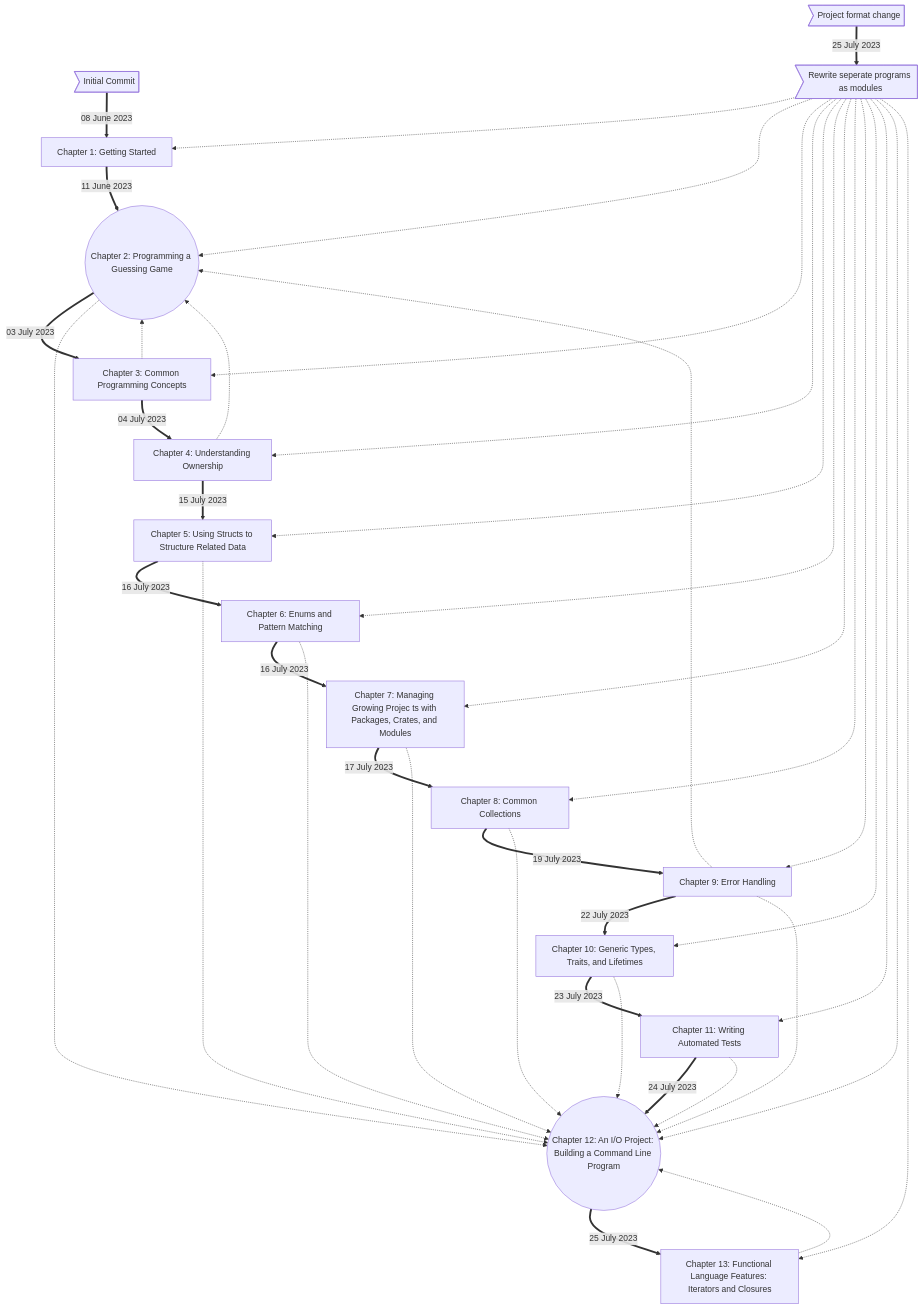
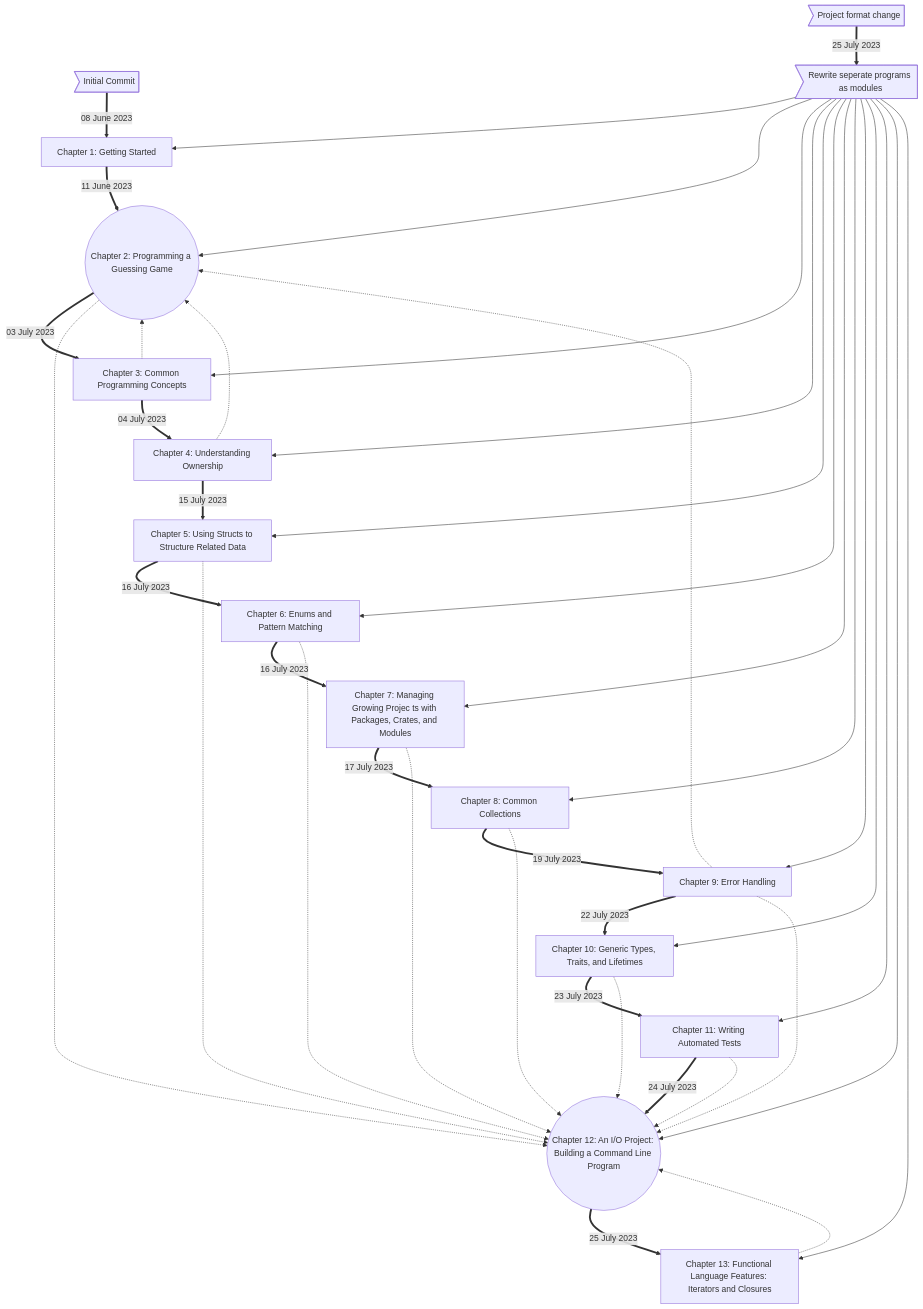
One commit to c4collins/the-rust-programming-language-rust-2021 changed the diagram in README.md. Above: the diagram before and after it, drawn with Mermaid.

````diff
--- a/README.md
+++ b/README.md
@@ -19,50 +19,50 @@
 ```mermaid 
 flowchart TD
     0> Initial Commit ] == 08 June 2023 ==> 1[Chapter 1: Getting Started]
     1 == 11 June 2023 ==> 2((Chapter 2: Programming a Guessing Game))
 
     2 == 03 July 2023 ==> 3[Chapter 3: Common Programming Concepts]
     3 -.-> 2
 
     3 == 04 July 2023 ==> 4[Chapter 4: Understanding Ownership]
     4 -.-> 2
 
     4 == 15 July 2023 ==> 5[Chapter 5: Using Structs to Structure Related Data]
     5 == 16 July 2023 ==> 6[Chapter 6: Enums and Pattern Matching]
     6 == 16 July 2023 ==> 7[Chapter 7: Managing Growing Projec ts with Packages, Crates, and Modules]
     7 == 17 July 2023 ==> 8[Chapter 8: Common Collections]
     8 == 19 July 2023 ==> 9[Chapter 9: Error Handling]
 
     9 == 22 July 2023 ==> 10[Chapter 10: Generic Types, Traits, and Lifetimes]
     9 -.-> 2
 
     10 == 23 July 2023 ==> 11[Chapter 11: Writing Automated Tests]
 
     11 == 24 July 2023 ==> 12((Chapter 12: An I/O Project: Building a Command Line Program))
     2 -.-> 12
     5 -.-> 12
     6 -.-> 12
     7 -.-> 12
     8 -.-> 12
     9 -.-> 12
     10 -.-> 12
     11 -.-> 12
 
     00> Project format change ] == 25 July 2023 ==> 000> Rewrite seperate programs as modules ]
-    000 -.-> 1
-    000 -.-> 2
-    000 -.-> 3
-    000 -.-> 4
-    000 -.-> 5
-    000 -.-> 6
-    000 -.-> 7
-    000 -.-> 8
-    000 -.-> 9
-    000 -.-> 10
-    000 -.-> 11
-    000 -.-> 12
-    000 -.-> 13
+    000 --> 1
+    000 --> 2
+    000 --> 3
+    000 --> 4
+    000 --> 5
+    000 --> 6
+    000 --> 7
+    000 --> 8
+    000 --> 9
+    000 --> 10
+    000 --> 11
+    000 --> 12
+    000 --> 13
 
     12 == 25 July 2023 ==> 13[Chapter 13: Functional Language Features: Iterators and Closures]
     13 -.-> 12
 ```
````
